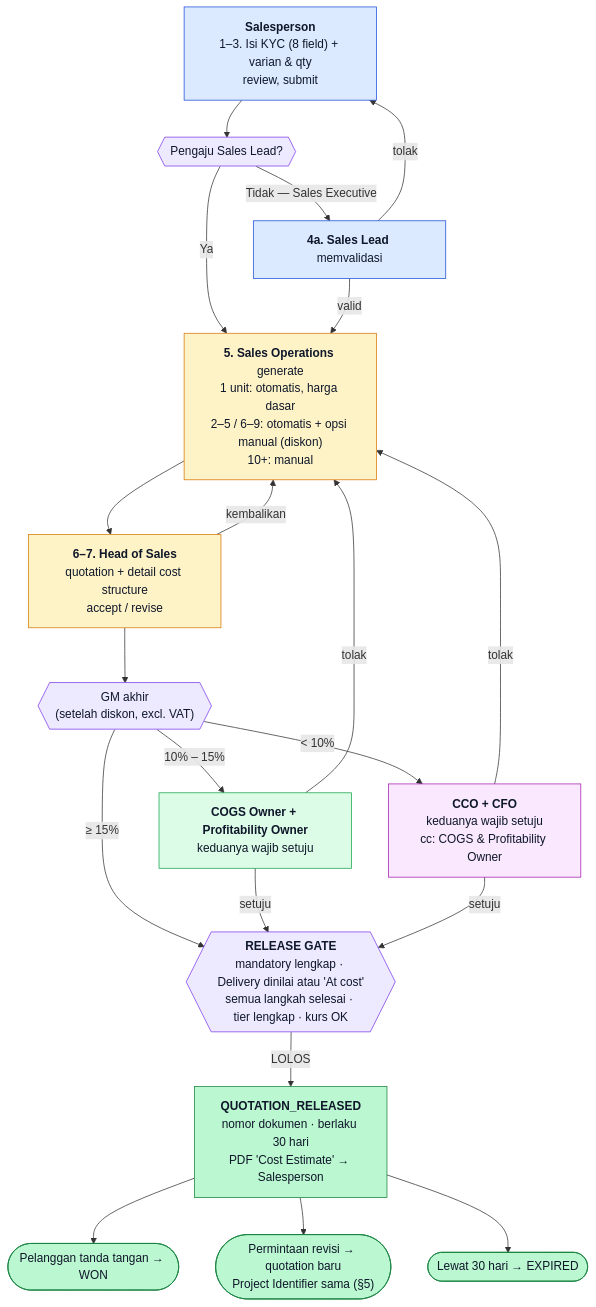
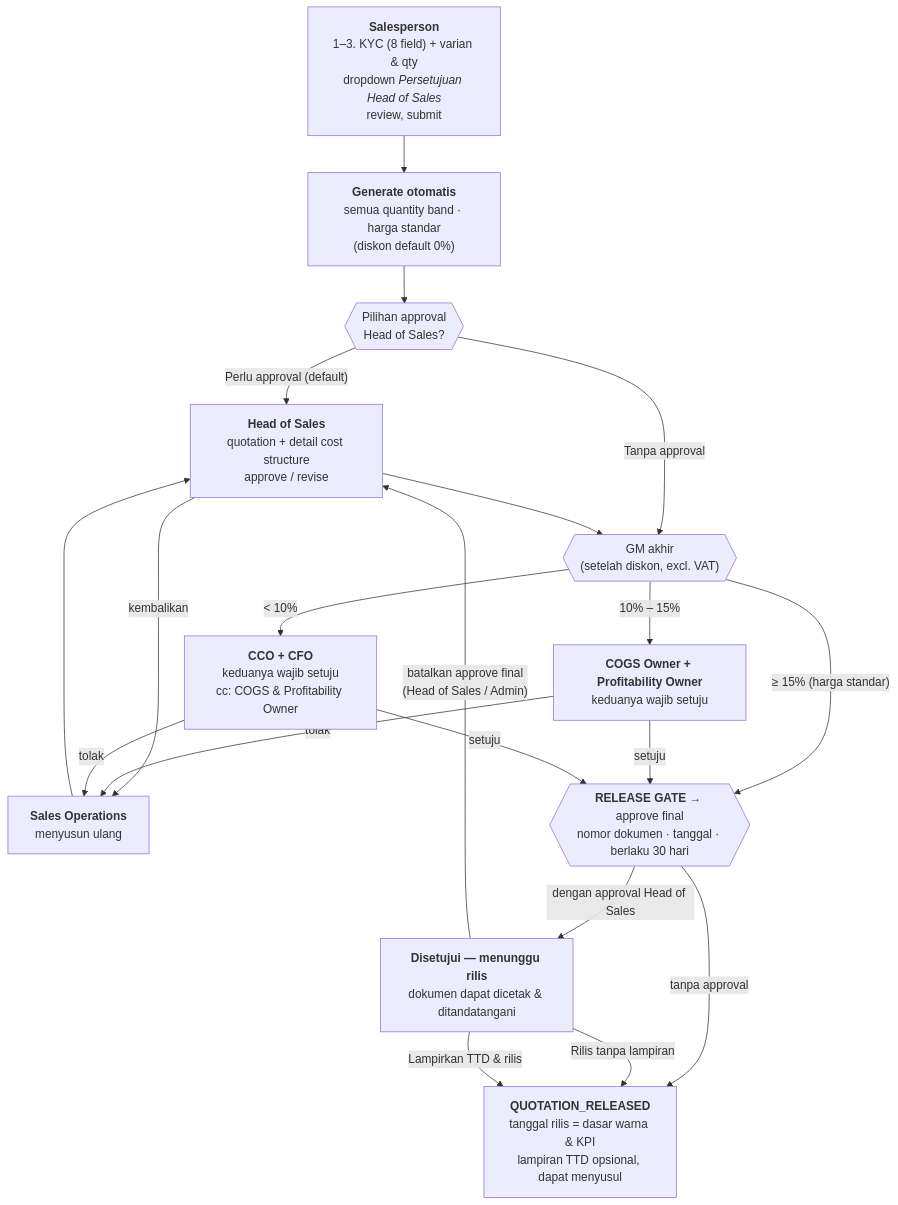
Before and after one commit to vince123890/dssvktr: the third of 4 diagrams in docs/DEMO-FLOW-OVERVIEW.md, drawn with Mermaid. The commit also changed other lines of this file and 31 other files, not shown here.

First line of the commit message:
Optional Head of Sales approval per quotation, optional signed-document attachment

````diff
--- a/docs/DEMO-FLOW-OVERVIEW.md
+++ b/docs/DEMO-FLOW-OVERVIEW.md
@@ -155,41 +116,26 @@
 ```mermaid
 flowchart TD
-    A["<b>Salesperson</b><br/>1–3. Isi KYC (8 field) + varian & qty<br/>review, submit"] --> V{{"Pengaju Sales Lead?"}}
-    V -->|Tidak — Sales Executive| SL["<b>4a. Sales Lead</b> memvalidasi"]
-    V -->|Ya| SO
-    SL -->|tolak| A
-    SL -->|valid| SO["<b>5. Sales Operations</b> generate<br/>1 unit: otomatis, harga dasar<br/>2–5 / 6–9: otomatis + opsi manual (diskon)<br/>10+: manual"]
-
-    SO --> HS["<b>6–7. Head of Sales</b><br/>quotation + detail cost structure<br/>accept / revise"]
-    HS -->|kembalikan| SO
+    A["<b>Salesperson</b><br/>1–3. KYC (8 field) + varian & qty<br/>dropdown <i>Persetujuan Head of Sales</i><br/>review, submit"] --> G["<b>Generate otomatis</b><br/>semua quantity band · harga standar<br/>(diskon default 0%)"]
+    G --> M{{"Pilihan approval<br/>Head of Sales?"}}
+    M -->|"Perlu approval (default)"| HS["<b>Head of Sales</b><br/>quotation + detail cost structure<br/>approve / revise"]
+    M -->|"Tanpa approval"| T
+    HS -->|kembalikan| SO["<b>Sales Operations</b><br/>menyusun ulang"]
+    SO --> HS
 
     HS --> T{{"GM akhir<br/>(setelah diskon, excl. VAT)"}}
-    T -->|"≥ 15%"| G
+    T -->|"≥ 15% (harga standar)"| AF
     T -->|"10% – 15%"| T2["<b>COGS Owner + Profitability Owner</b><br/>keduanya wajib setuju"]
     T -->|"< 10%"| T3["<b>CCO + CFO</b><br/>keduanya wajib setuju<br/>cc: COGS & Profitability Owner"]
-
-    T2 -->|setuju| G
-    T3 -->|setuju| G
+    T2 -->|setuju| AF
+    T3 -->|setuju| AF
     T2 -->|tolak| SO
     T3 -->|tolak| SO
 
-    G{{"<b>RELEASE GATE</b><br/>mandatory lengkap · Delivery dinilai atau 'At cost'<br/>semua langkah selesai · tier lengkap · kurs OK"}}
-    G -->|LOLOS| R["<b>QUOTATION_RELEASED</b><br/>nomor dokumen · berlaku 30 hari<br/>PDF 'Cost Estimate' → Salesperson"]
-
-    R --> W(["Pelanggan tanda tangan → WON"])
-    R --> RV(["Permintaan revisi → quotation baru<br/>Project Identifier sama (§5)"])
-    R --> EX(["Lewat 30 hari → EXPIRED"])
-
-    classDef sales fill:#dbeafe,stroke:#1d4ed8,color:#0f172a
-    classDef ops fill:#fef3c7,stroke:#d97706,color:#0f172a
-    classDef owner fill:#dcfce7,stroke:#16a34a,color:#0f172a
-    classDef pc fill:#fae8ff,stroke:#a21caf,color:#0f172a
-    classDef gate fill:#ede9fe,stroke:#7c3aed,color:#0f172a
-    classDef ok fill:#bbf7d0,stroke:#15803d,color:#0f172a
-    class A,SL sales
-    class SO,HS ops
-    class T2 owner
-    class T3 pc
-    class V,T,G gate
-    class R,W,RV,EX ok
+    AF{{"<b>RELEASE GATE</b> → approve final<br/>nomor dokumen · tanggal · berlaku 30 hari"}}
+    AF -->|"dengan approval Head of Sales"| SD["<b>Disetujui — menunggu rilis</b><br/>dokumen dapat dicetak & ditandatangani"]
+    AF -->|"tanpa approval"| R
+    SD -->|"batalkan approve final<br/>(Head of Sales / Admin)"| HS
+    SD -->|"Rilis tanpa lampiran"| R
+    SD -->|"Lampirkan TTD & rilis"| R
+    R["<b>QUOTATION_RELEASED</b><br/>tanggal rilis = dasar warna & KPI<br/>lampiran TTD opsional, dapat menyusul"]
 ```
````
